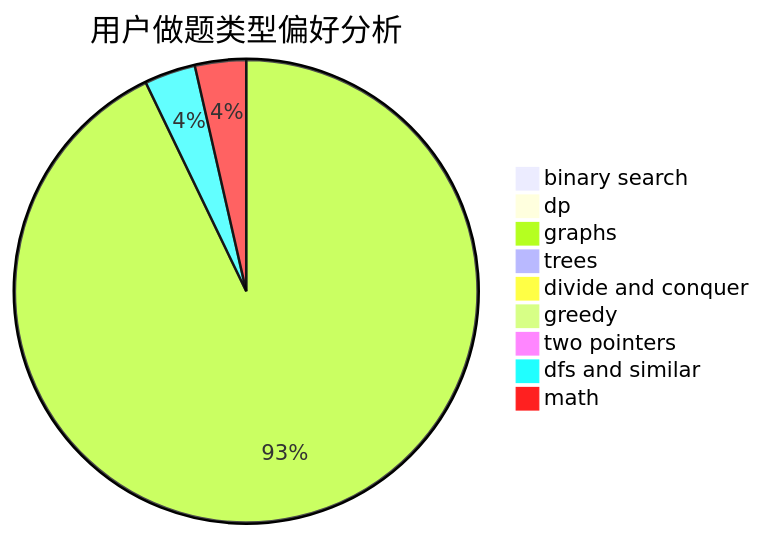
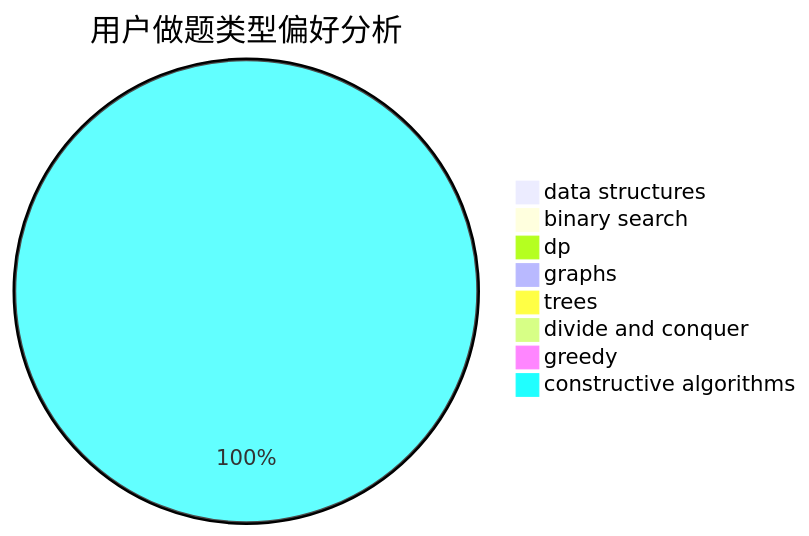
One commit to sherpahu/cfrs.github.io changed the second of 3 diagrams in docs/user/u175.md. Above: the diagram before and after it, drawn with Mermaid. The commit also changed other lines of this file and 2775 other files, not shown here.

````diff
--- a/docs/user/u175.md
+++ b/docs/user/u175.md
@@ -23,12 +23,11 @@
 ```mermaid
 pie title 用户做题类型偏好分析
+    "data structures" :  0
     "binary search" :  0
     "dp" :  0
-    "graphs" :  26
+    "graphs" :  0
     "trees" :  0
     "divide and conquer" :  0
     "greedy" :  0
-    "two pointers" :  0
-    "dfs and similar" :  1
-    "math" :  1
+    "constructive algorithms" :  3
 ```
````
